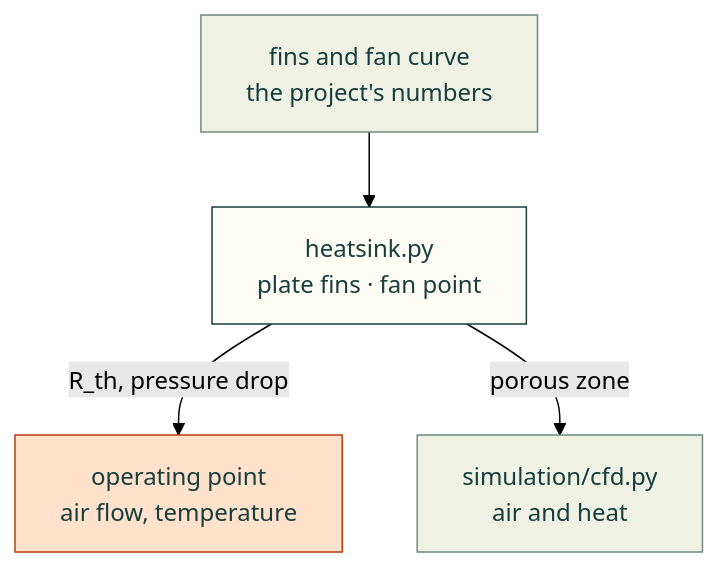
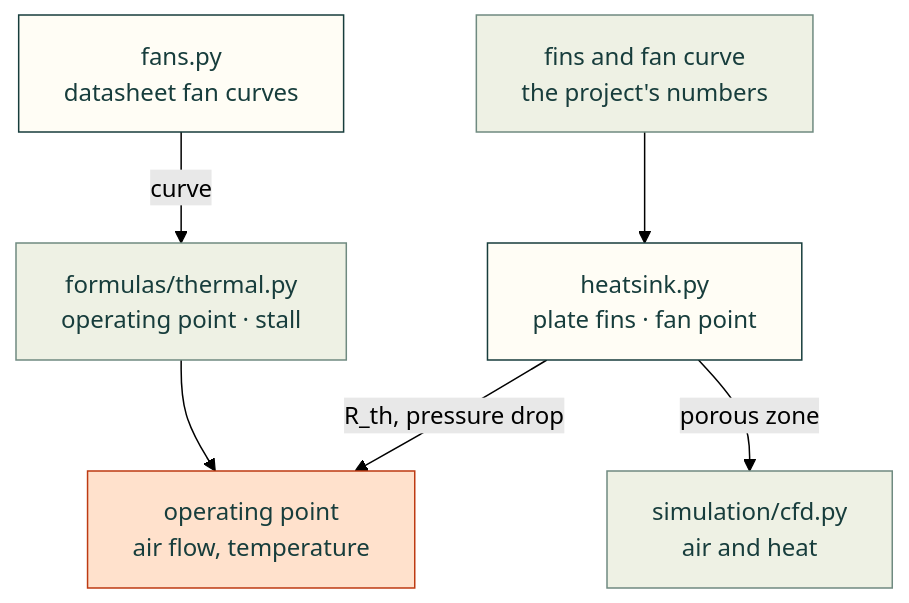
The diagram in src/cadagent/thermal/README.md (Valpatel/cad-agent), drawn with Mermaid (forest theme) before and after one commit. The commit also changed other lines of this file and 11 other files, not shown here.

First line of the commit message:
docs: an Airflow and fans page with the fan-curve explorer, also on Engineering formulas (#160)

````diff
--- a/src/cadagent/thermal/README.md
+++ b/src/cadagent/thermal/README.md
@@ -10,12 +11,14 @@
 ```mermaid
 flowchart TD
     D["fins and fan curve<br/>the project's numbers"] --> HS["heatsink.py<br/>plate fins · fan point"]
+    F["fans.py<br/>datasheet fan curves"] -->|"curve"| FX["formulas/thermal.py<br/>operating point · stall"]
     HS -->|"R_th, pressure drop"| O["operating point<br/>air flow, temperature"]
+    FX --> O
     HS -->|"porous zone"| CFD["simulation/cfd.py<br/>air and heat"]
     classDef here fill:#fffdf5,stroke:#173d3c,color:#173d3c
     classDef near fill:#eef1e4,stroke:#6f8a80,color:#173d3c
     classDef out fill:#ffe1cc,stroke:#bd3a12,color:#173d3c
-    class HS here
-    class D,CFD near
+    class HS,F here
+    class D,CFD,FX near
     class O out
 ```
````
